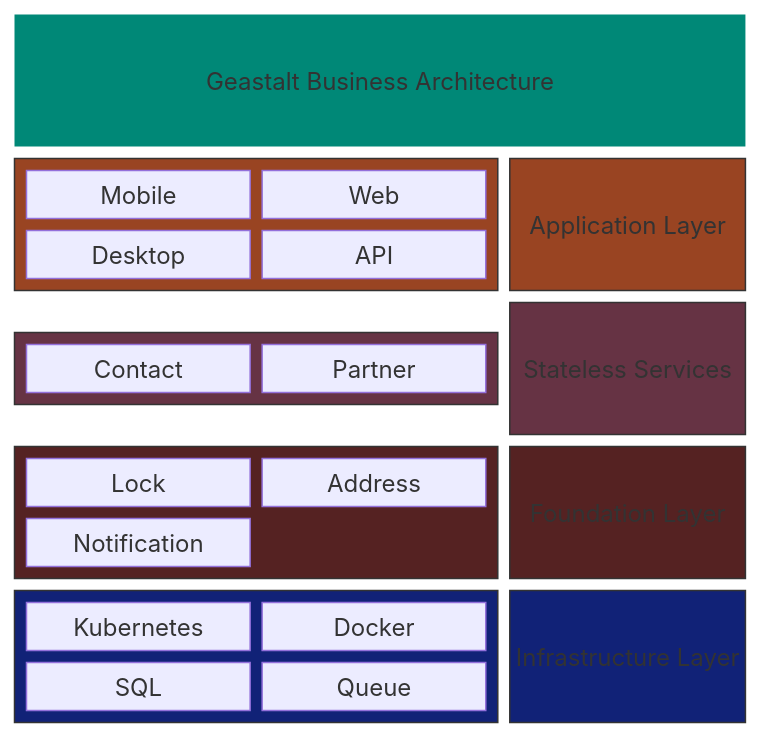
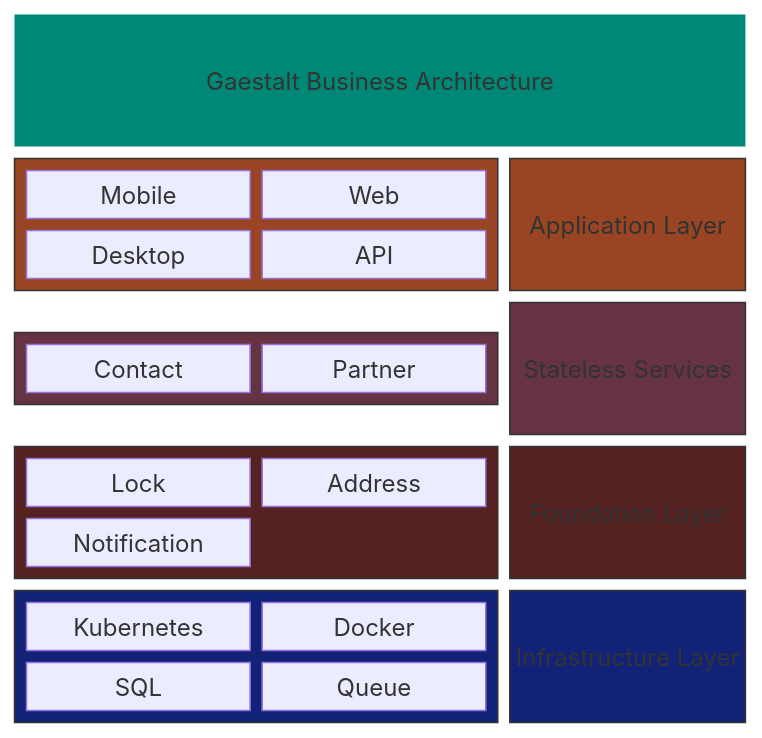
One commit to bobhablutzel/gaestalt changed the diagram in README.md. Above: the diagram before and after it, drawn with Mermaid. The commit also changed other lines of this file and 427 other files, not shown here.

First line of the commit message:
Rename geastalt to gaestalt across entire repository

````diff
--- a/README.md
+++ b/README.md
@@ -66,36 +70,36 @@
 ```mermaid
 block
   columns 3
-  owner["Geastalt Business Architecture"]:3
+  owner["Gaestalt Business Architecture"]:3
   block:appGroup:2
     columns 2
     Mobile Web Desktop API
   end
   app["Application Layer"]
   block:domainGroup:2
     columns 2
     Contact Partner
   end
   domain["Stateless Services"]
   block:foundGroup:2
     columns 2
     Lock Address Notification 
   end
   foundation["Foundation Layer"]
   block:infraGroup:2
     columns 2
     Kubernetes Docker SQL Queue 
   end
   infra["Infrastructure Layer"]
 
 
 style infra fill:#127,stroke:#333;
 style infraGroup fill:#127,stroke:#333;
 style foundation fill:#522,stroke:#333;
 style foundGroup fill:#522,stroke:#333;
 style domain fill:#634,stroke:#333,color:#fff;
 style domainGroup fill:#634,stroke:#333;
 style app fill:#942,stroke:#333,color:#fff;
 style appGroup fill:#942,stroke:#333;
 style owner fill:#087,color:#000,stroke-width:0,font-size:70px;
 ```
````
